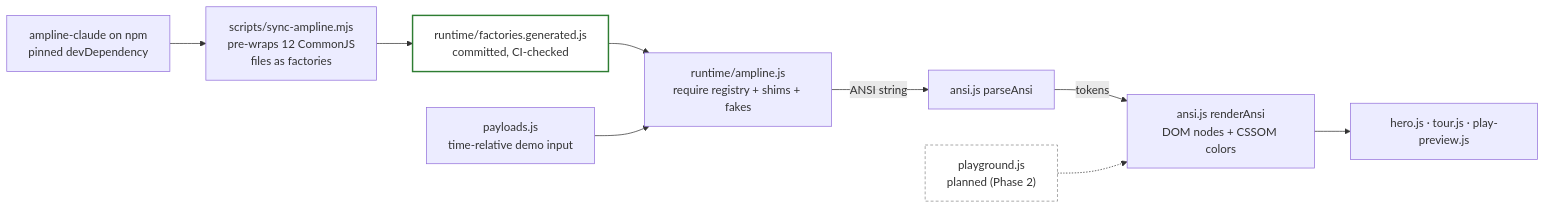
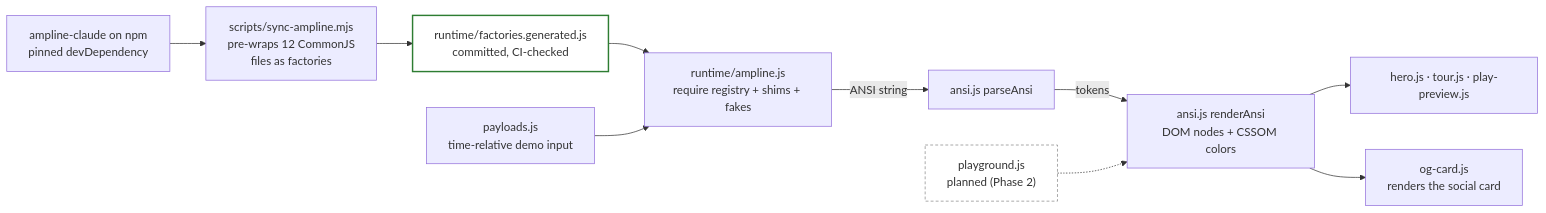
Before and after one commit to carterptull/ampline-website: the first of 2 diagrams in diagrams/render-pipeline.md, drawn with Mermaid. The commit also changed other lines of this file and 4 other files, not shown here.

Commit message:
docs: diagram accuracy fixes

````diff
--- a/diagrams/render-pipeline.md
+++ b/diagrams/render-pipeline.md
@@ -12,14 +12,15 @@
 ```mermaid
 flowchart LR
     npm["ampline-claude on npm<br/>pinned devDependency"] --> sync["scripts/sync-ampline.mjs<br/>pre-wraps 12 CommonJS<br/>files as factories"]
     sync --> gen["runtime/factories.generated.js<br/>committed, CI-checked"]
     gen --> rt["runtime/ampline.js<br/>require registry + shims + fakes"]
     pay["payloads.js<br/>time-relative demo input"] --> rt
     rt -->|"ANSI string"| parse["ansi.js parseAnsi"]
     parse -->|"tokens"| dom["ansi.js renderAnsi<br/>DOM nodes + CSSOM colors"]
     dom --> page["hero.js · tour.js · play-preview.js"]
+    dom --> card["og-card.js<br/>renders the social card"]
     plan["playground.js<br/>planned (Phase 2)"] -.-> dom
 
     style gen fill:transparent,stroke:#2E7D32,stroke-width:2px
     style plan fill:transparent,stroke:#888,stroke-width:1px,stroke-dasharray: 4 3
 ```
````
